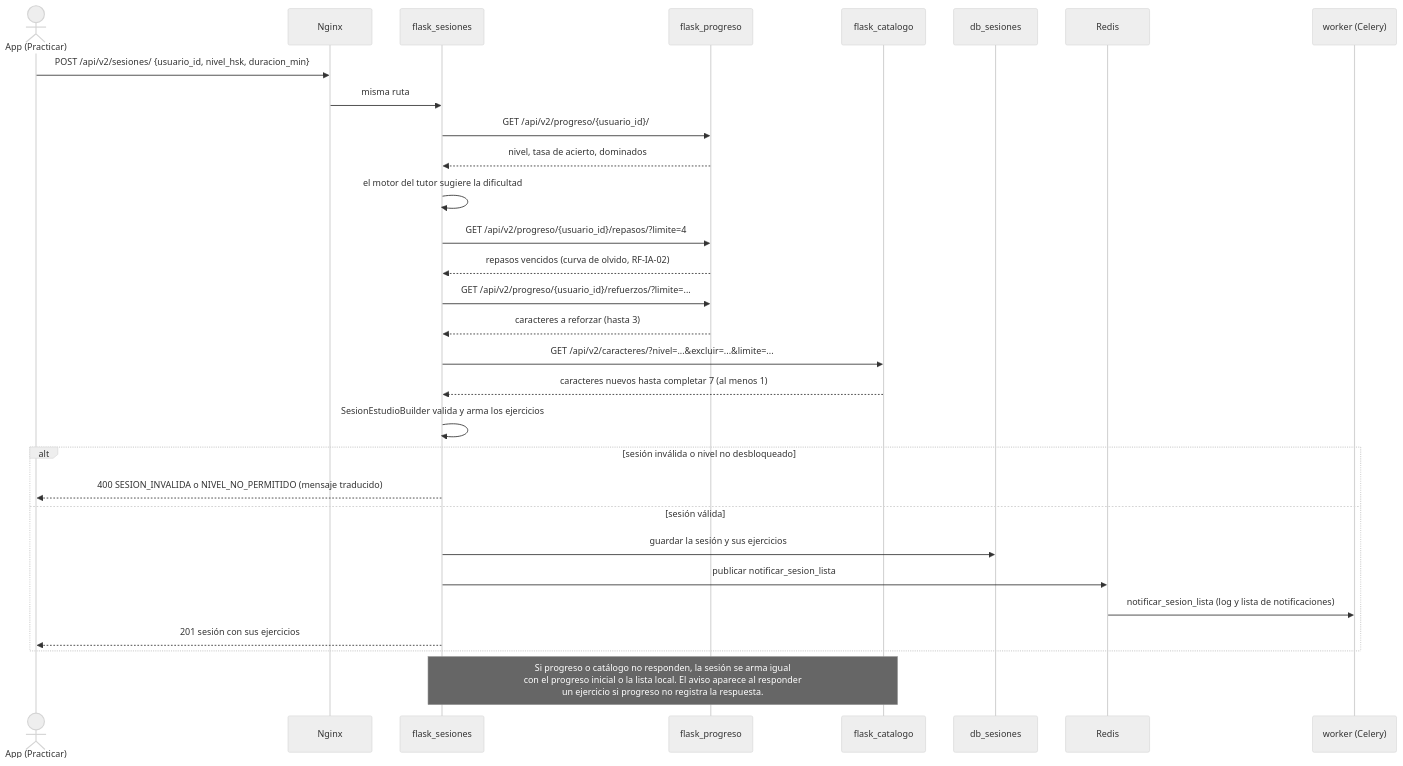
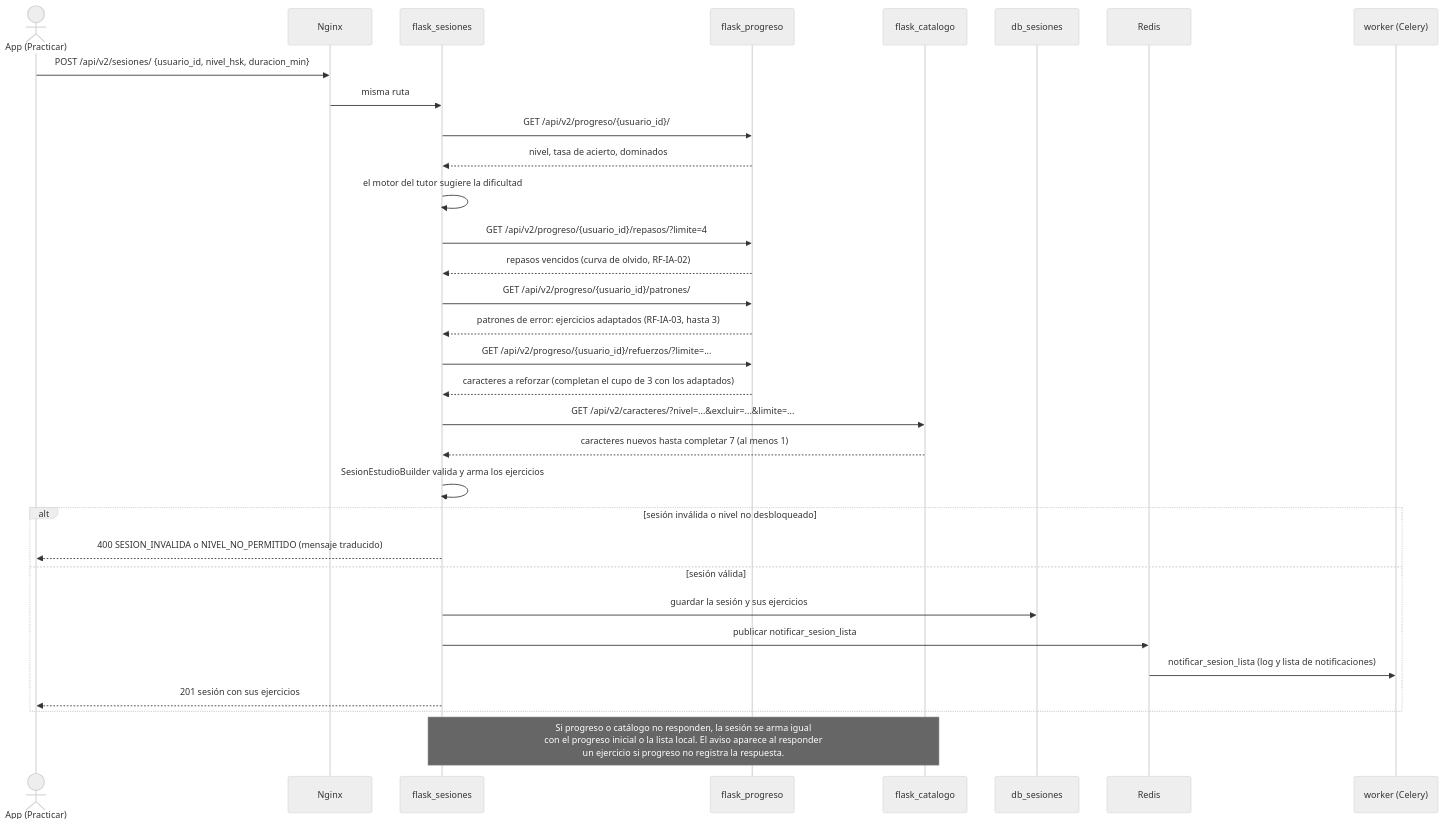
One commit to jalvarez01/HanZi-Mentor changed the fifth of 9 diagrams in docs/wiki/Entrega-II.md. Above: the diagram before and after it, drawn with Mermaid (neutral theme). The commit also changed 3 other files, not shown here.

First line of the commit message:
fix(sesiones): adaptados y refuerzos comparten el cupo de 3 (revision de #53)

````diff
--- a/docs/wiki/Entrega-II.md
+++ b/docs/wiki/Entrega-II.md
@@ -294,35 +294,37 @@
 ```mermaid
 sequenceDiagram
     actor U as App (Practicar)
     participant N as Nginx
     participant S as flask_sesiones
     participant P as flask_progreso
     participant C as flask_catalogo
     participant DB as db_sesiones
     participant B as Redis
     participant W as worker (Celery)
 
     U->>N: POST /api/v2/sesiones/ {usuario_id, nivel_hsk, duracion_min}
     N->>S: misma ruta
     S->>P: GET /api/v2/progreso/{usuario_id}/
     P-->>S: nivel, tasa de acierto, dominados
     S->>S: el motor del tutor sugiere la dificultad
     S->>P: GET /api/v2/progreso/{usuario_id}/repasos/?limite=4
     P-->>S: repasos vencidos (curva de olvido, RF-IA-02)
+    S->>P: GET /api/v2/progreso/{usuario_id}/patrones/
+    P-->>S: patrones de error: ejercicios adaptados (RF-IA-03, hasta 3)
     S->>P: GET /api/v2/progreso/{usuario_id}/refuerzos/?limite=...
-    P-->>S: caracteres a reforzar (hasta 3)
+    P-->>S: caracteres a reforzar (completan el cupo de 3 con los adaptados)
     S->>C: GET /api/v2/caracteres/?nivel=...&excluir=...&limite=...
     C-->>S: caracteres nuevos hasta completar 7 (al menos 1)
     S->>S: SesionEstudioBuilder valida y arma los ejercicios
 
     alt sesión inválida o nivel no desbloqueado
         S-->>U: 400 SESION_INVALIDA o NIVEL_NO_PERMITIDO (mensaje traducido)
     else sesión válida
         S->>DB: guardar la sesión y sus ejercicios
         S->>B: publicar notificar_sesion_lista
         B->>W: notificar_sesion_lista (log y lista de notificaciones)
         S-->>U: 201 sesión con sus ejercicios
     end
 
     Note over S,C: Si progreso o catálogo no responden, la sesión se arma igual<br/>con el progreso inicial o la lista local. El aviso aparece al responder<br/>un ejercicio si progreso no registra la respuesta.
 ```
````
